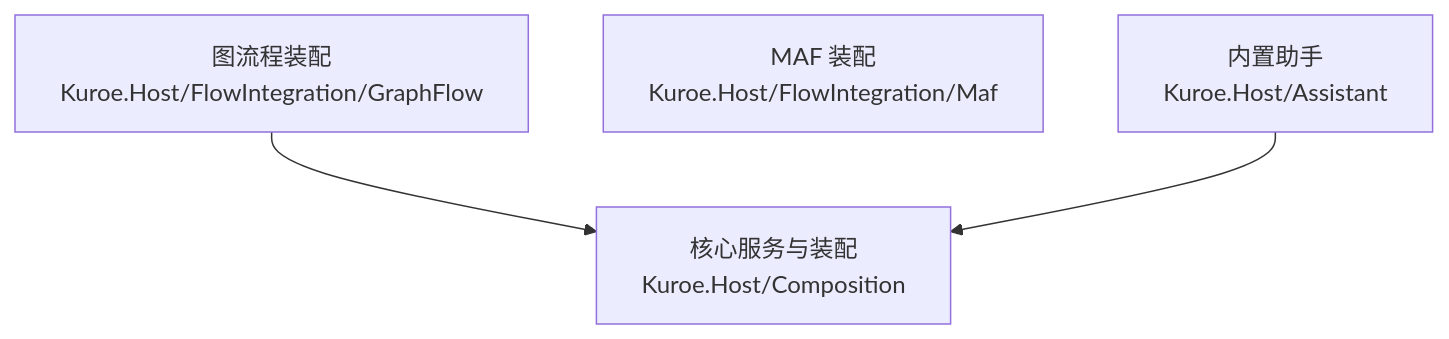
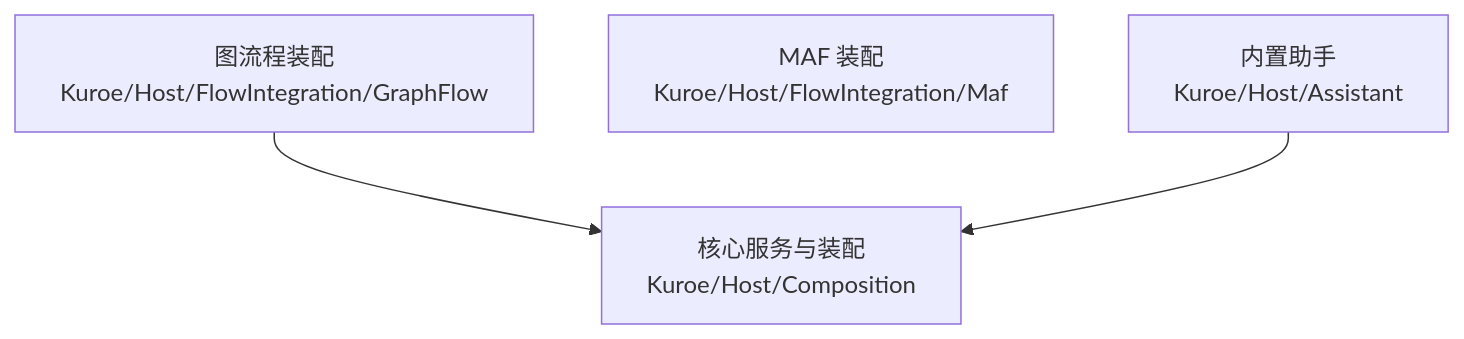
The diagram in docs/dev/architecture/functional-boundary/assembly/index.md (DrMelt/Kuroe), drawn with Mermaid before and after one commit. The commit also changed 1355 other files, not shown here.

````diff
--- a/docs/dev/architecture/functional-boundary/assembly/index.md
+++ b/docs/dev/architecture/functional-boundary/assembly/index.md
@@ -5,9 +5,9 @@
 ```mermaid
 flowchart TD
-    Composition["核心服务与装配<br>Kuroe.Host/Composition"]
-    GraphFlow["图流程装配<br>Kuroe.Host/FlowIntegration/GraphFlow"]
-    Maf["MAF 装配<br>Kuroe.Host/FlowIntegration/Maf"]
-    Assistant["内置助手<br>Kuroe.Host/Assistant"]
+    Composition["核心服务与装配<br>Kuroe/Host/Composition"]
+    GraphFlow["图流程装配<br>Kuroe/Host/FlowIntegration/GraphFlow"]
+    Maf["MAF 装配<br>Kuroe/Host/FlowIntegration/Maf"]
+    Assistant["内置助手<br>Kuroe/Host/Assistant"]
     GraphFlow --> Composition
     Assistant --> Composition
 ```
````
